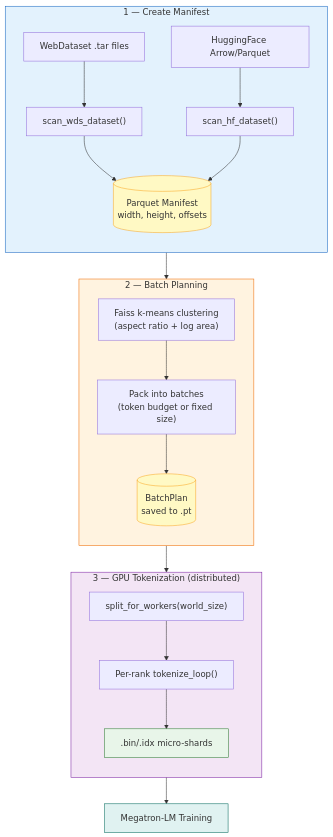
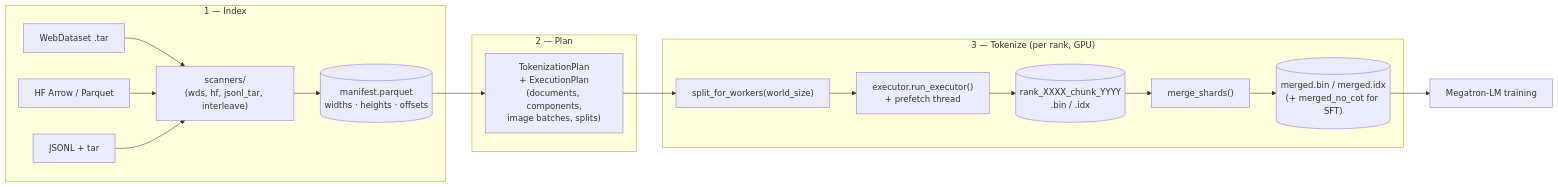
Before and after one commit to swiss-ai/benchmark-image-tokenzier: the diagram in vision_tokenization/README.md, drawn with Mermaid. The commit also changed other lines of this file and 28 other files, not shown here.

Commit message:
update tokenization docs and dataset configs

````diff
--- a/vision_tokenization/README.md
+++ b/vision_tokenization/README.md
@@ -79,40 +67,24 @@
 ```mermaid
-graph TD
-    subgraph Manifest["1 — Create Manifest"]
-        direction TB
-        TAR["WebDataset .tar files"]
-        HF_ARROW["HuggingFace Arrow/Parquet"]
-        TAR --> SCAN_WDS["scan_wds_dataset()"]
-        HF_ARROW --> SCAN_HF["scan_hf_dataset()"]
-        SCAN_WDS & SCAN_HF --> PARQUET[("Parquet Manifest<br/>width, height, offsets")]
+graph LR
+    subgraph Index["1 — Index"]
+        TAR["WebDataset .tar"]
+        HF["HF Arrow / Parquet"]
+        JSONL["JSONL + tar"]
+        TAR & HF & JSONL --> SCAN["scanners/<br/>(wds, hf, jsonl_tar, interleave)"]
+        SCAN --> MAN[("manifest.parquet<br/>widths · heights · offsets")]
     end
 
-    subgraph Plan["2 — Batch Planning"]
-        direction TB
-        PARQUET --> CLUSTER["Faiss k-means clustering<br/>(aspect ratio + log area)"]
-        CLUSTER --> PACK["Pack into batches<br/>(token budget or fixed size)"]
-        PACK --> BP[("BatchPlan<br/>saved to .pt")]
+    subgraph Plan["2 — Plan"]
+        MAN --> TP["TokenizationPlan<br/>+ ExecutionPlan<br/>(documents, components,<br/>image batches, splits)"]
     end
 
-    subgraph Tokenize["3 — GPU Tokenization (distributed)"]
-        direction TB
-        BP --> SPLIT["split_for_workers(world_size)"]
-        SPLIT --> LOOP["Per-rank tokenize_loop()"]
-        LOOP --> BIN[".bin/.idx micro-shards"]
+    subgraph Run["3 — Tokenize (per rank, GPU)"]
+        TP --> SPLIT["split_for_workers(world_size)"]
+        SPLIT --> EXE["executor.run_executor()<br/>+ prefetch thread"]
+        EXE --> SHARDS[("rank_XXXX_chunk_YYYY<br/>.bin / .idx")]
+        SHARDS --> MERGE["merge_shards()"]
+        MERGE --> OUT[("merged.bin / merged.idx<br/>(+ merged_no_cot for SFT)")]
     end
 
-    BIN --> TRAIN["Megatron-LM Training"]
-
-    click SCAN_WDS href "https://github.com/swiss-ai/benchmark-image-tokenzier/blob/main/vision_tokenization/indexing/scanner_wds.py"
-    click SCAN_HF href "https://github.com/swiss-ai/benchmark-image-tokenzier/blob/main/vision_tokenization/indexing/scanner_hf.py"
-    click CLUSTER href "https://github.com/swiss-ai/benchmark-image-tokenzier/blob/main/vision_tokenization/indexing/clustered_batch_planner.py"
-    click LOOP href "https://github.com/swiss-ai/benchmark-image-tokenzier/blob/main/vision_tokenization/pipelines/distributed/handler.py"
-
-    style Manifest fill:#e3f2fd,stroke:#1565C0
-    style Plan fill:#fff3e0,stroke:#EF6C00
-    style Tokenize fill:#f3e5f5,stroke:#7B1FA2
-    style PARQUET fill:#fff9c4,stroke:#F9A825
-    style BP fill:#fff9c4,stroke:#F9A825
-    style BIN fill:#e8f5e9,stroke:#2E7D32
-    style TRAIN fill:#e0f2f1,stroke:#00695C
+    OUT --> TRAIN["Megatron-LM training"]
 ```
````
